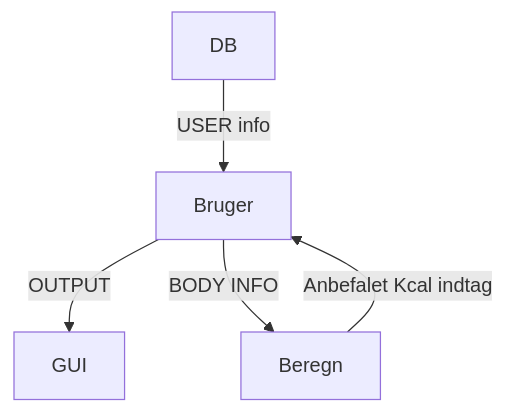
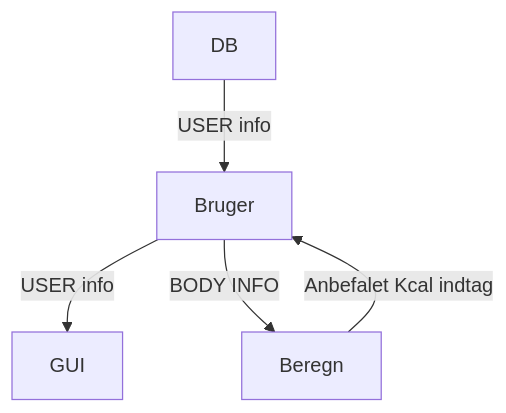
The diagram in Grænseflade.md (skqu/kalorycounter), drawn with Mermaid before and after one commit.

Commit message:
Update Grænseflade.md
changed OUTPUT to USER info

````diff
--- a/Grænseflade.md
+++ b/Grænseflade.md
@@ -1,7 +1,7 @@
 ```mermaid
   graph TD
-  Bruger -->|OUTPUT| GUI
+  Bruger -->|USER info| GUI
   DB -->|USER info| Bruger
   Bruger -->|BODY INFO| Beregn
   Beregn -->|Anbefalet Kcal indtag| Bruger
 ```
````
